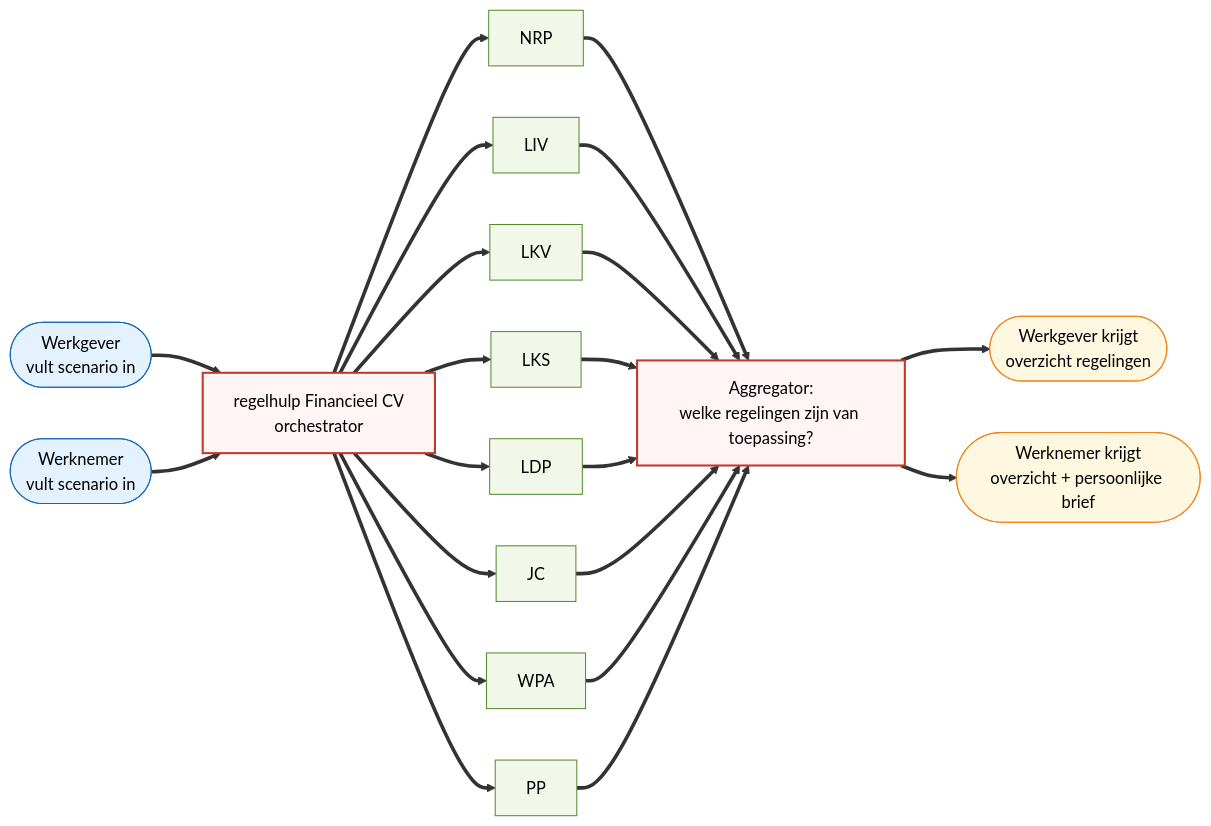
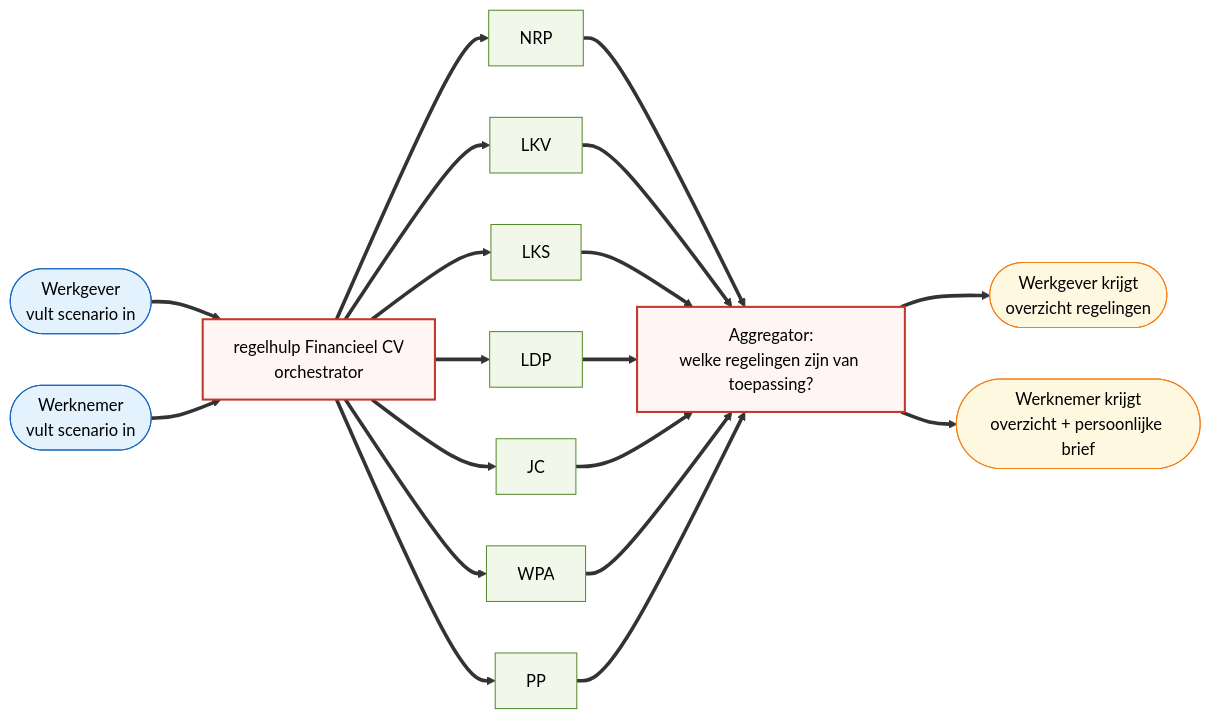
One commit to MinBZK/regelrecht changed the second of 2 diagrams in docs/financieel-cv/wandelpad.md. Above: the diagram before and after it, drawn with Mermaid. The commit also changed other lines of this file and 4 other files, not shown here.

````diff
--- a/docs/financieel-cv/wandelpad.md
+++ b/docs/financieel-cv/wandelpad.md
@@ -88,36 +93,34 @@
 ```mermaid
 flowchart LR
   classDef gebruiker fill:#e3f2fd,stroke:#1565c0,color:#000;
   classDef regeling fill:#f1f8e9,stroke:#558b2f,color:#000;
   classDef orch fill:#fff5f5,stroke:#c0392b,stroke-width:2px,color:#000;
   classDef out fill:#fff8e1,stroke:#f57f17,color:#000;
 
   WG([Werkgever<br/>vult scenario in]):::gebruiker
   WN([Werknemer<br/>vult scenario in]):::gebruiker
   WG ==> Orch
   WN ==> Orch
 
   Orch[regelhulp Financieel CV<br/>orchestrator]:::orch
 
   Orch ==> NRP[NRP]:::regeling
-  Orch ==> LIV[LIV]:::regeling
   Orch ==> LKV[LKV]:::regeling
   Orch ==> LKS[LKS]:::regeling
   Orch ==> LDP[LDP]:::regeling
   Orch ==> JC[JC]:::regeling
   Orch ==> WPA[WPA]:::regeling
   Orch ==> PP[PP]:::regeling
 
   NRP ==> Out
-  LIV ==> Out
   LKV ==> Out
   LKS ==> Out
   LDP ==> Out
   JC ==> Out
   WPA ==> Out
   PP ==> Out
 
   Out[Aggregator:<br/>welke regelingen zijn van toepassing?]:::orch
   Out ==> OutWG([Werkgever krijgt<br/>overzicht regelingen]):::out
   Out ==> OutWN([Werknemer krijgt<br/>overzicht + persoonlijke brief]):::out
 ```
````
